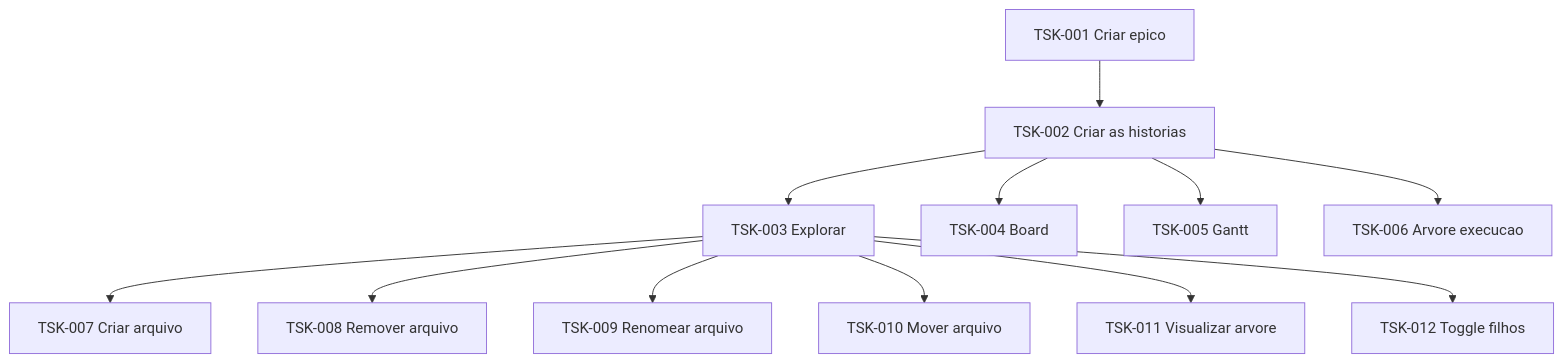
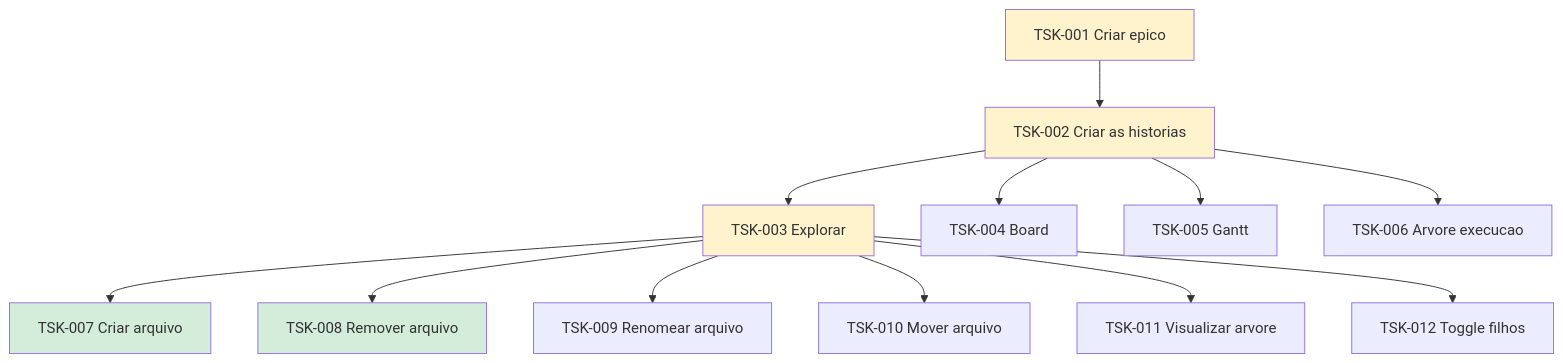
The diagram in flow/tasks/README.md (laerciogermano/workstation), drawn with Mermaid before and after one commit. The commit also changed other lines of this file and 42 other files, not shown here.

Commit message:
Update task statuses in 'board.md' and related documentation to reflect completion of 'Criar arquivo' and 'Remover arquivo'. Enhance clarity by adding parallelism details in Gantt chart and updating scenario descriptions in user stories. This improves project tracking and documentation consistency.

````diff
--- a/flow/tasks/README.md
+++ b/flow/tasks/README.md
@@ -22,26 +7,31 @@
 ```mermaid
 flowchart TD
   T001[TSK-001 Criar epico]
   T002[TSK-002 Criar as historias]
   T003[TSK-003 Explorar]
   T007[TSK-007 Criar arquivo]
   T008[TSK-008 Remover arquivo]
   T009[TSK-009 Renomear arquivo]
   T010[TSK-010 Mover arquivo]
   T011[TSK-011 Visualizar arvore]
   T012[TSK-012 Toggle filhos]
   T004[TSK-004 Board]
   T005[TSK-005 Gantt]
   T006[TSK-006 Arvore execucao]
   T001 --> T002
   T002 --> T003
   T003 --> T007
   T003 --> T008
   T003 --> T009
   T003 --> T010
   T003 --> T011
   T003 --> T012
   T002 --> T004
   T002 --> T005
   T002 --> T006
+  style T001 fill:#fff3cd
+  style T002 fill:#fff3cd
+  style T003 fill:#fff3cd
+  style T007 fill:#d4edda
+  style T008 fill:#d4edda
 ```
````
